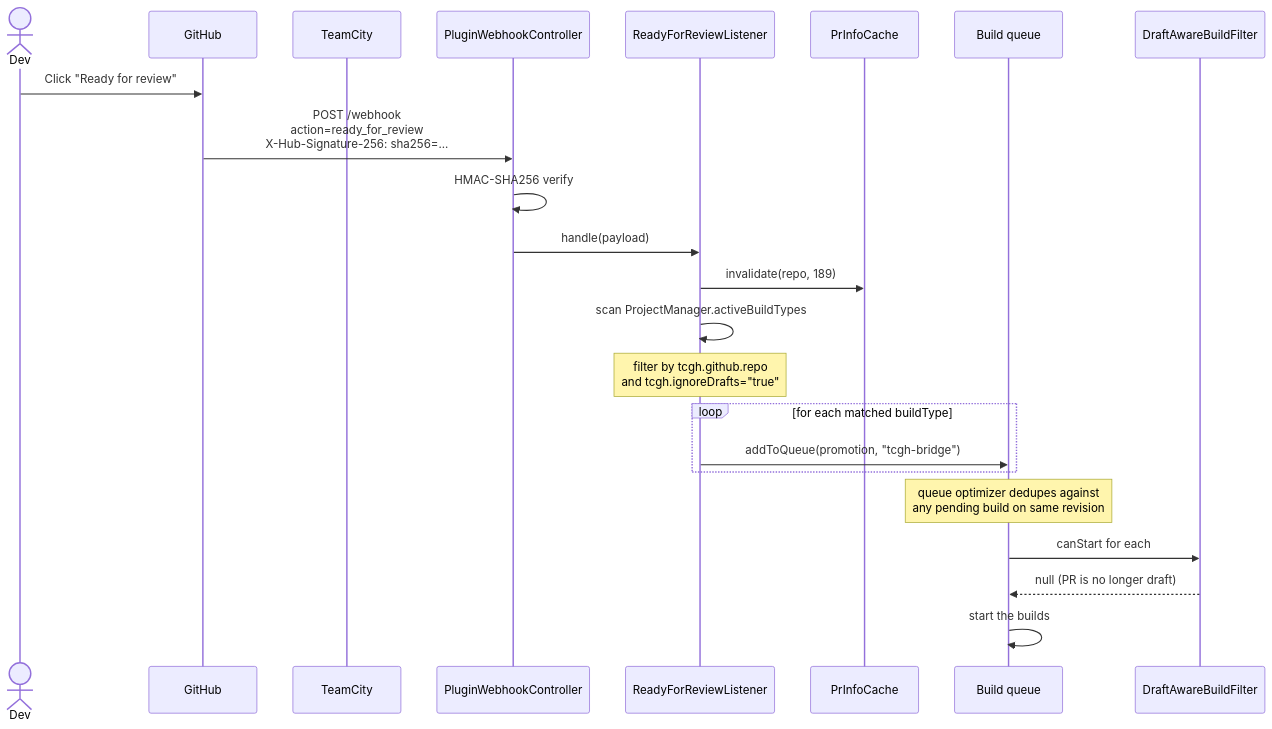
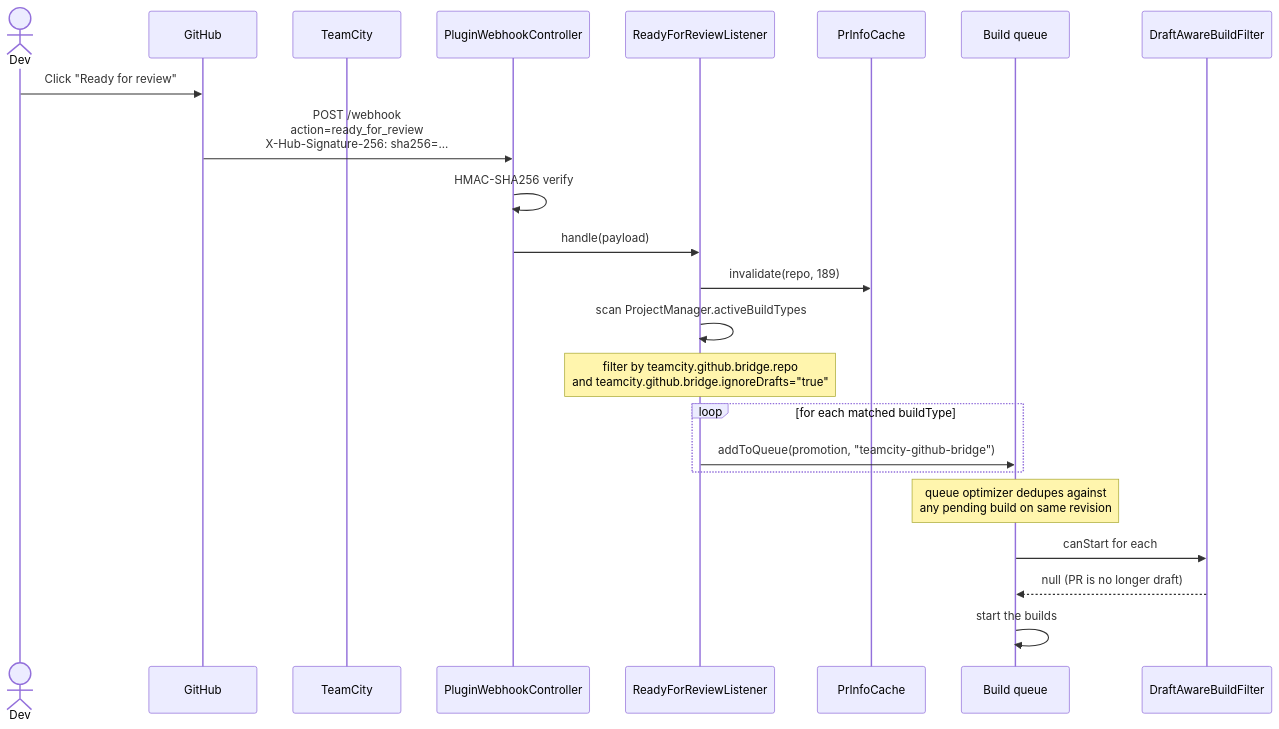
Before and after one commit to Silmaen/teamcity-github: the third of 6 diagrams in doc/usage-scenarios.md, drawn with Mermaid. The commit also changed other lines of this file and 29 other files, not shown here.

````diff
--- a/doc/usage-scenarios.md
+++ b/doc/usage-scenarios.md
@@ -83,26 +83,26 @@
 ```mermaid
 sequenceDiagram
     actor Dev
     participant GH as GitHub
     participant TC as TeamCity
     participant W as PluginWebhookController
     participant L as ReadyForReviewListener
     participant Cache as PrInfoCache
     participant Q as Build queue
     participant F as DraftAwareBuildFilter
 
     Dev->>GH: Click "Ready for review"
     GH->>W: POST /webhook<br/>action=ready_for_review<br/>X-Hub-Signature-256: sha256=...
     W->>W: HMAC-SHA256 verify
     W->>L: handle(payload)
     L->>Cache: invalidate(repo, 189)
     L->>L: scan ProjectManager.activeBuildTypes
-    Note over L: filter by tcgh.github.repo<br/>and tcgh.ignoreDrafts="true"
+    Note over L: filter by teamcity.github.bridge.repo<br/>and teamcity.github.bridge.ignoreDrafts="true"
     loop for each matched buildType
-        L->>Q: addToQueue(promotion, "tcgh-bridge")
+        L->>Q: addToQueue(promotion, "teamcity-github-bridge")
     end
     Note over Q: queue optimizer dedupes against<br/>any pending build on same revision
     Q->>F: canStart for each
     F-->>Q: null (PR is no longer draft)
     Q->>Q: start the builds
 ```
````
